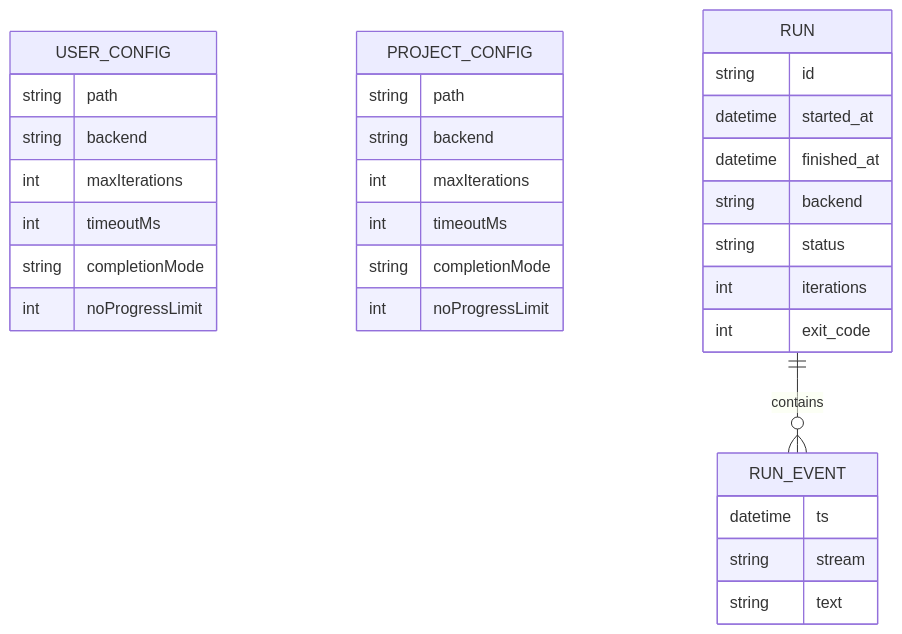
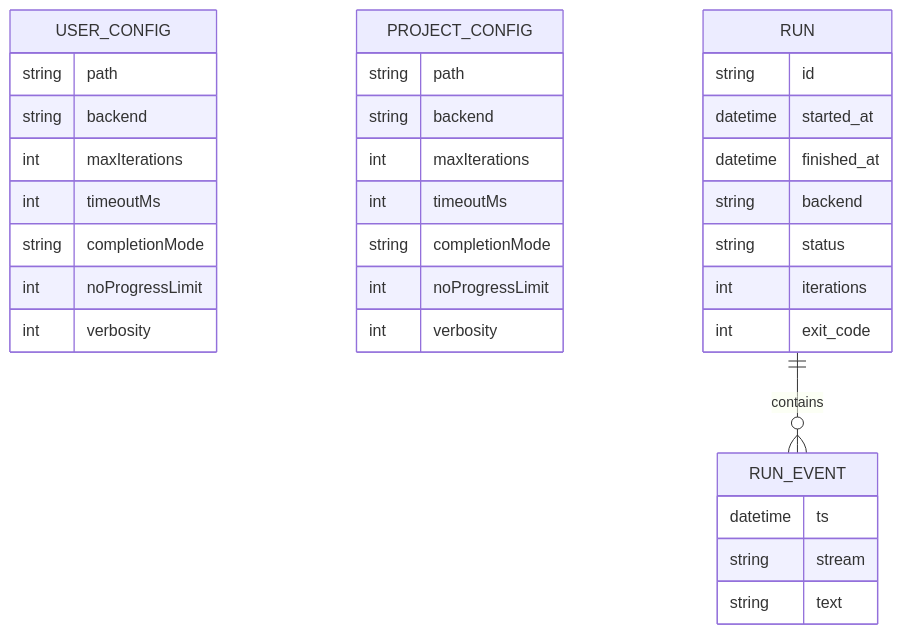
The second of 2 diagrams in docs/05-specifications-techniques.md (jlguenego/ai-cli), drawn with Mermaid before and after one commit. The commit also changed other lines of this file and 6 other files, not shown here.

````diff
--- a/docs/05-specifications-techniques.md
+++ b/docs/05-specifications-techniques.md
@@ -72,37 +72,39 @@
 ```mermaid
 erDiagram
   USER_CONFIG {
     string path
     string backend
     int maxIterations
     int timeoutMs
     string completionMode
     int noProgressLimit
+    int verbosity
   }
 
   PROJECT_CONFIG {
     string path
     string backend
     int maxIterations
     int timeoutMs
     string completionMode
     int noProgressLimit
+    int verbosity
   }
 
   RUN {
     string id
     datetime started_at
     datetime finished_at
     string backend
     string status
     int iterations
     int exit_code
   }
 
   RUN ||--o{ RUN_EVENT : contains
   RUN_EVENT {
     datetime ts
     string stream
     string text
   }
 ```
````
